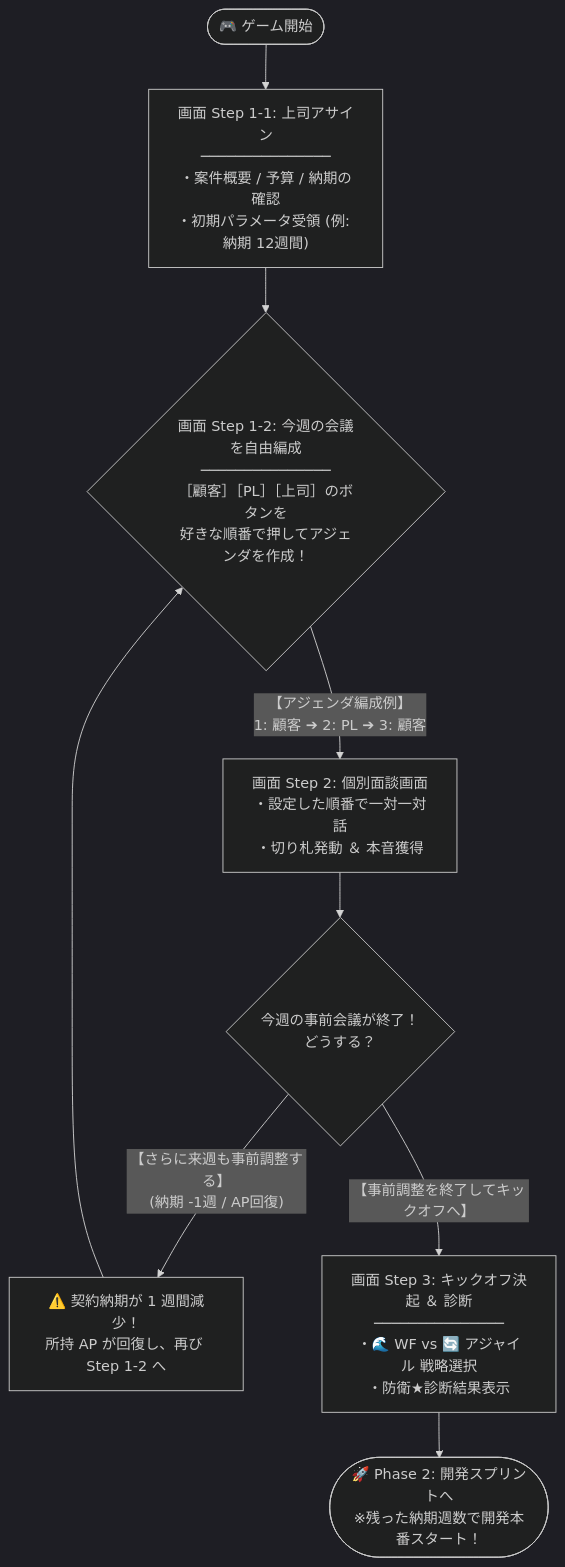
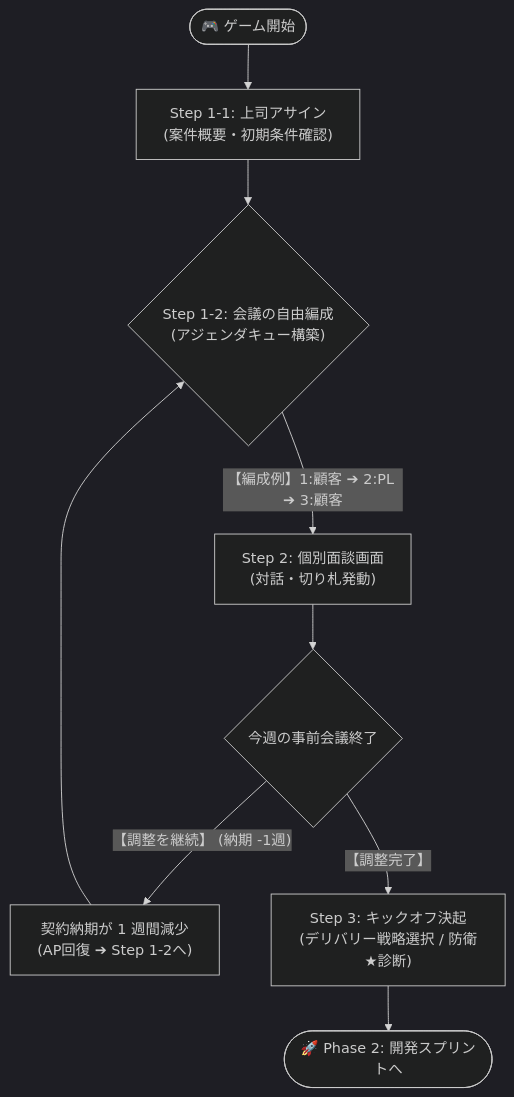
Before and after one commit to asabon/pm-simulator: the first of 3 diagrams in docs/spec/phase1_kickoff.md, drawn with Mermaid (dark theme). The commit also changed other lines of this file, not shown here.

Commit message:
docs: Mermaid図のノードラベルをテキスト文字切れ防止のため簡潔化

````diff
--- a/docs/spec/phase1_kickoff.md
+++ b/docs/spec/phase1_kickoff.md
@@ -12,17 +12,17 @@
 ```mermaid
 flowchart TD
-    START([🎮 ゲーム開始]) --> S1_1["画面 Step 1-1: 上司アサイン<br>───────────────<br>・案件概要 / 予算 / 納期の確認<br>・初期パラメータ受領 (例: 納期 12週間)"]
+    START([🎮 ゲーム開始]) --> S1_1["Step 1-1: 上司アサイン<br>(案件概要・初期条件確認)"]
     
-    S1_1 --> S1_2{"画面 Step 1-2: 今週の会議を自由編成<br>───────────────<br>［顧客］［PL］［上司］のボタンを<br>好きな順番で押してアジェンダを作成！"}
+    S1_1 --> S1_2{"Step 1-2: 会議の自由編成<br>(アジェンダキュー構築)"}
 
-    S1_2 -->|"【アジェンダ編成例】<br>1: 顧客 ➔ 2: PL ➔ 3: 顧客"| STEP2["画面 Step 2: 個別面談画面<br>・設定した順番で一対一対話<br>・切り札発動 ＆ 本音獲得"]
+    S1_2 -->|"【編成例】1:顧客 ➔ 2:PL ➔ 3:顧客"| STEP2["Step 2: 個別面談画面<br>(対話・切り札発動)"]
 
-    STEP2 --> DECISION{"今週の事前会議が終了！<br>どうする？"}
+    STEP2 --> DECISION{"今週の事前会議終了"}
 
-    DECISION -->|"【さらに来週も事前調整する】<br>(納期 -1週 / AP回復)"| NEXT_WEEK["⚠️ 契約納期が 1 週間減少！<br>所持 AP が回復し、再び Step 1-2 へ"]
+    DECISION -->|"【調整を継続】 (納期 -1週)"| NEXT_WEEK["契約納期が 1 週間減少<br>(AP回復 ➔ Step 1-2へ)"]
     NEXT_WEEK --> S1_2
 
-    DECISION -->|"【事前調整を終了してキックオフへ】"| S3["画面 Step 3: キックオフ決起 ＆ 診断<br>───────────────<br>・🌊 WF vs 🔄 アジャイル 戦略選択<br>・防衛★診断結果表示"]
+    DECISION -->|"【調整完了】"| S3["Step 3: キックオフ決起<br>(デリバリー戦略選択 / 防衛★診断)"]
 
-    S3 --> NEXT([🚀 Phase 2: 開発スプリントへ<br>※残った納期週数で開発本番スタート！])
+    S3 --> NEXT([🚀 Phase 2: 開発スプリントへ])
 ```
````
